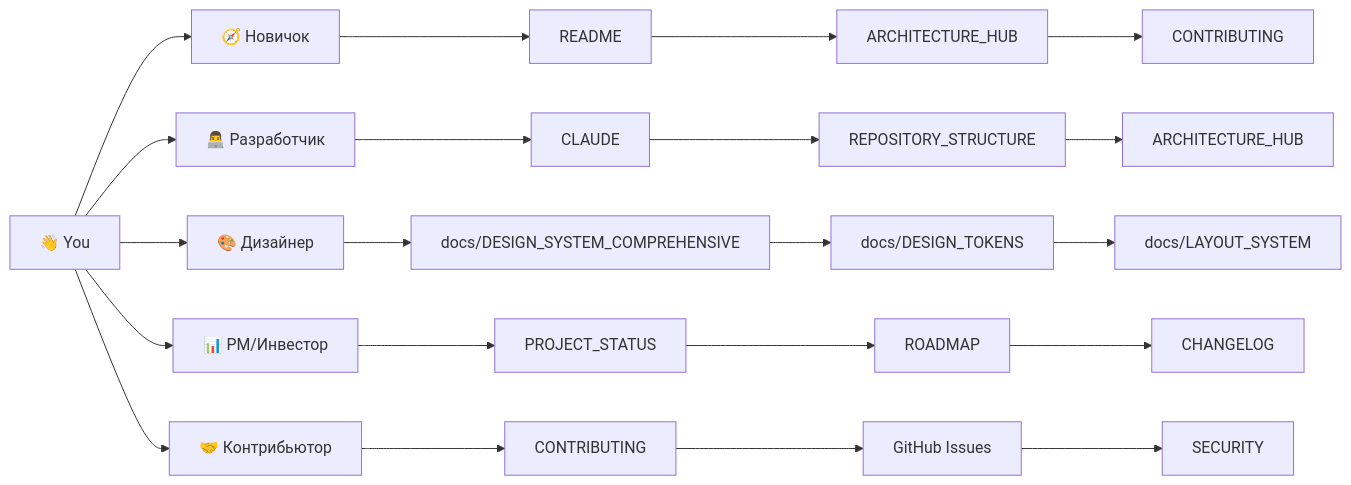
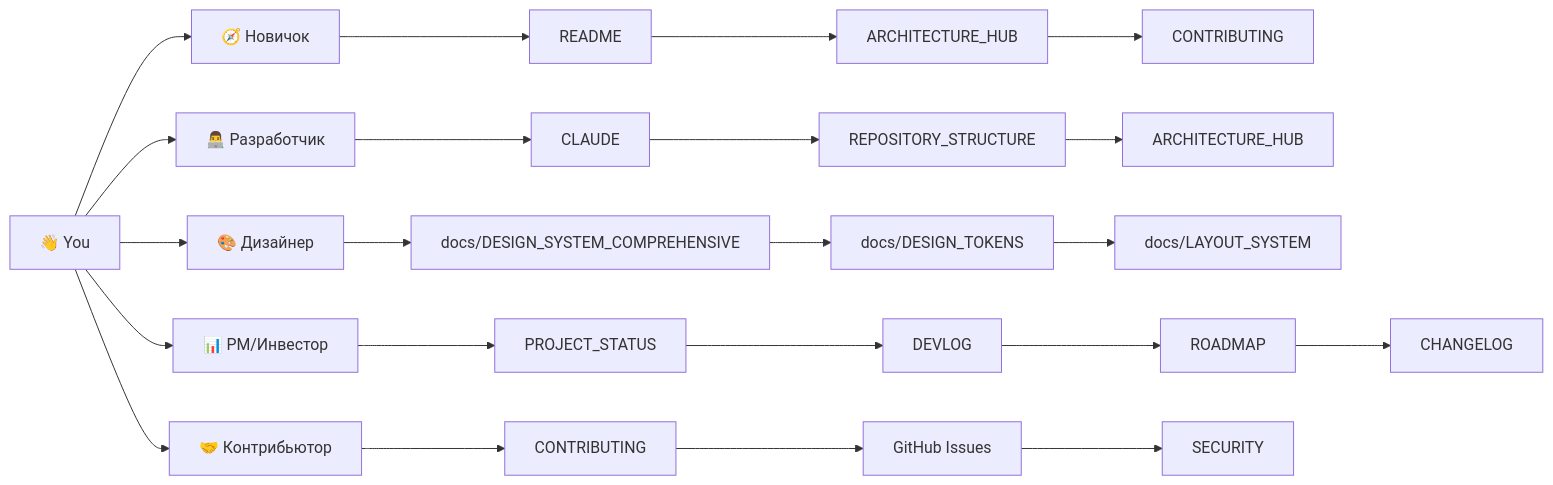
Before and after one commit to HOW2AI-AGENCY/aimusicverse: the first of 2 diagrams in DOCUMENTATION_INDEX.md, drawn with Mermaid. The commit also changed other lines of this file and 57 other files, not shown here.

````diff
--- a/DOCUMENTATION_INDEX.md
+++ b/DOCUMENTATION_INDEX.md
@@ -31,29 +32,30 @@
 ```mermaid
 flowchart LR
     Start[👋 You]
     Start --> Newcomer[🧭 Новичок]
     Start --> Developer[👨‍💻 Разработчик]
     Start --> Designer[🎨 Дизайнер]
     Start --> PM[📊 PM/Инвестор]
     Start --> Contributor[🤝 Контрибьютор]
 
     Newcomer --> Readme[README]
     Readme --> Arch[ARCHITECTURE_HUB]
     Arch --> Contrib[CONTRIBUTING]
 
     Developer --> Claude[CLAUDE]
     Claude --> RepoStruct[REPOSITORY_STRUCTURE]
     RepoStruct --> Arch2[ARCHITECTURE_HUB]
 
     Designer --> DS[docs/DESIGN_SYSTEM_COMPREHENSIVE]
     DS --> Tokens[docs/DESIGN_TOKENS]
     Tokens --> Layout[docs/LAYOUT_SYSTEM]
 
     PM --> Status[PROJECT_STATUS]
-    Status --> Road[ROADMAP]
+    Status --> DevLog[DEVLOG]
+    DevLog --> Road[ROADMAP]
     Road --> Change[CHANGELOG]
 
     Contributor --> Contrib2[CONTRIBUTING]
     Contrib2 --> Issues[GitHub Issues]
     Issues --> Security[SECURITY]
 ```
````
